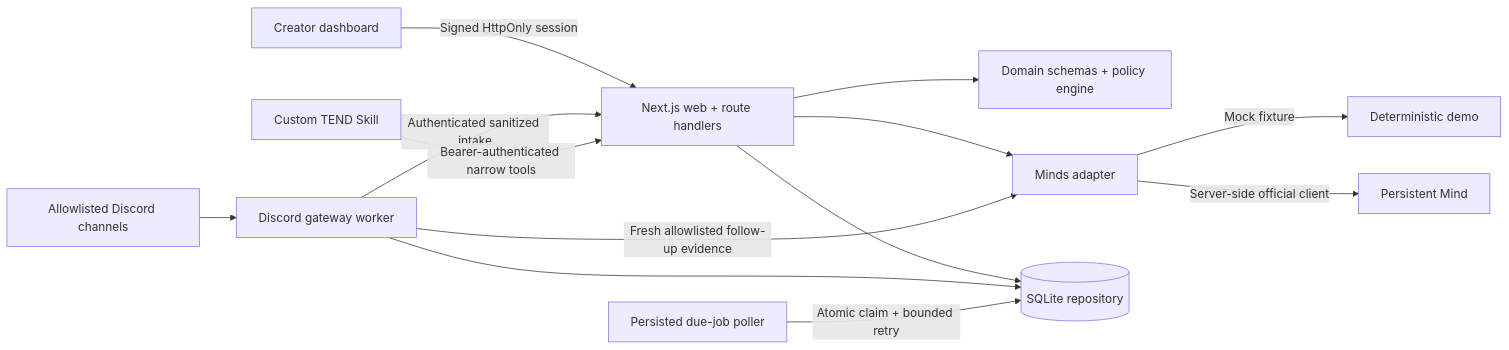
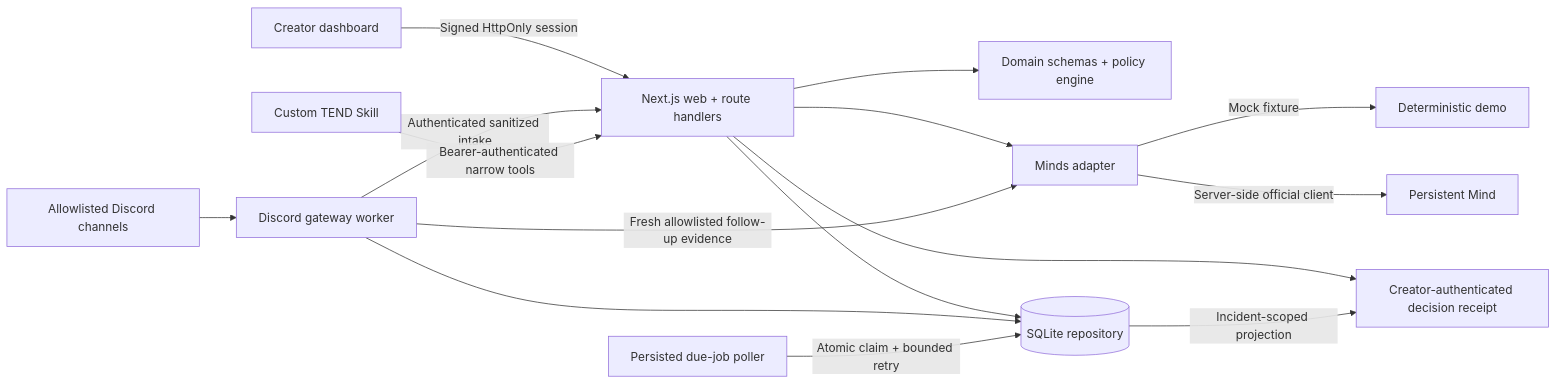
One commit to tang-vu/tend changed the diagram in docs/ARCHITECTURE.md. Above: the diagram before and after it, drawn with Mermaid. The commit also changed other lines of this file and 19 other files, not shown here.

````diff
--- a/docs/ARCHITECTURE.md
+++ b/docs/ARCHITECTURE.md
@@ -5,15 +5,17 @@
 ```mermaid
 flowchart LR
   Creator[Creator dashboard] -->|Signed HttpOnly session| Web[Next.js web + route handlers]
   Discord[Allowlisted Discord channels] --> Worker[Discord gateway worker]
   Worker -->|Authenticated sanitized intake| Web
   Web --> Core[Domain schemas + policy engine]
   Web --> Minds[Minds adapter]
   Worker -->|Fresh allowlisted follow-up evidence| Minds
   Minds -->|Mock fixture| Mock[Deterministic demo]
   Minds -->|Server-side official client| Live[Persistent Mind]
   Web --> DB[(SQLite repository)]
+  Web --> Receipt[Creator-authenticated decision receipt]
+  DB -->|Incident-scoped projection| Receipt
   Worker --> DB
   Scheduler[Persisted due-job poller] -->|Atomic claim + bounded retry| DB
   MindSkill[Custom TEND Skill] -->|Bearer-authenticated narrow tools| Web
 ```
````
